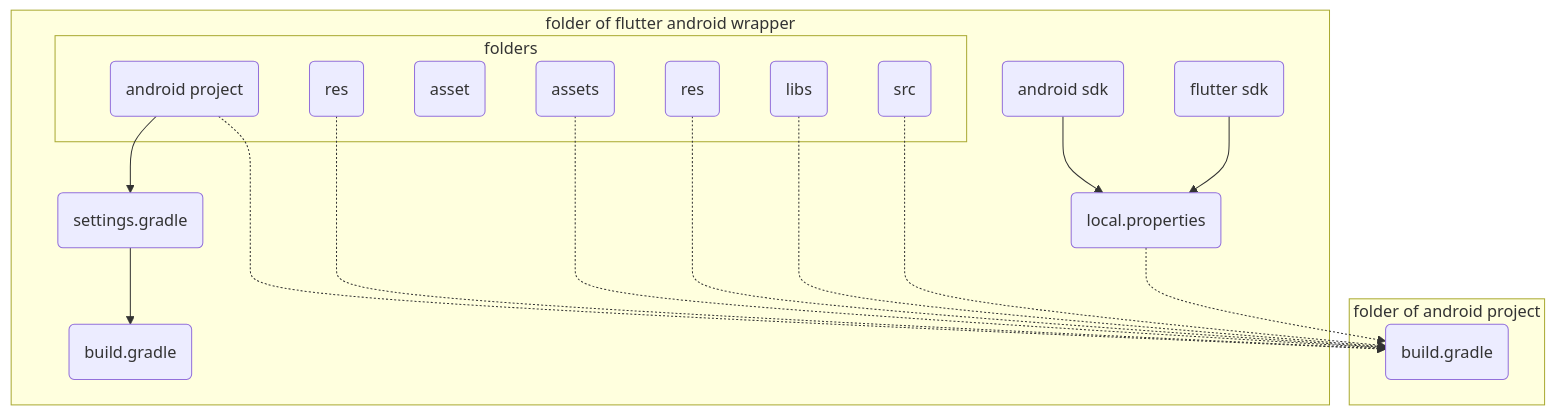
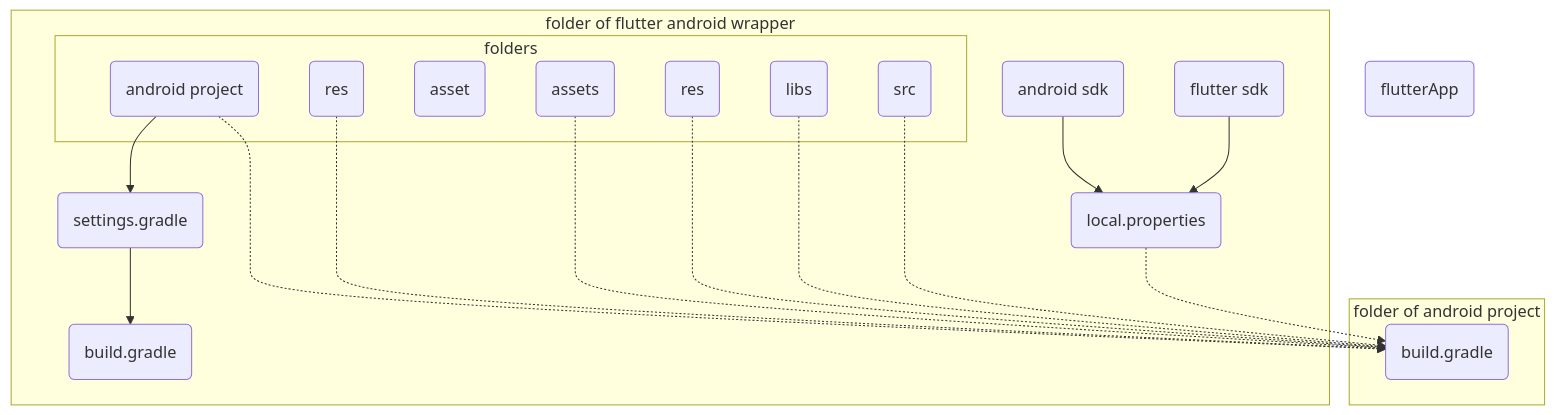
One commit to gordianknotC/nxp_note changed the second of 2 diagrams in flutter/addAndroidProjIntoFlutter.md. Above: the diagram before and after it, drawn with Mermaid. The commit also changed other lines of this file, not shown here.

Commit message:
flutter/addAndroidProjIntoFlutter.md updated from https://stackedit.io/

````diff
--- a/flutter/addAndroidProjIntoFlutter.md
+++ b/flutter/addAndroidProjIntoFlutter.md
@@ -228,36 +228,37 @@
 ```mermaid
 graph TB
+	F(flutterApp)
 	subgraph folder of flutter android wrapper
 		WS(settings.gradle) --> WB(build.gradle)
 		WL(local.properties)
 		WL1(android sdk)-->WL
 		WL2(flutter sdk)-->WL
 		
 		subgraph folders
 			WR(res)
 			WP(android project)
 			WT(asset)
 		end
 	end
 	
 	subgraph folder of android project
 		AB(build.gradle)
 		 subgraph folders
 			 AR(res) 
 			 AT(assets)
 			 AL(libs)
 			 AC(src)
 		 end
 	end	 
 	
 	WP --> WS
 	WP -.-> AB
 	WR -.-> AB
 	AT -.-> AB
 	AR -.-> AB
 	AL -.-> AB
 	AC -.-> AB
 	WL -.-> AB
 	
 
 ```
````
